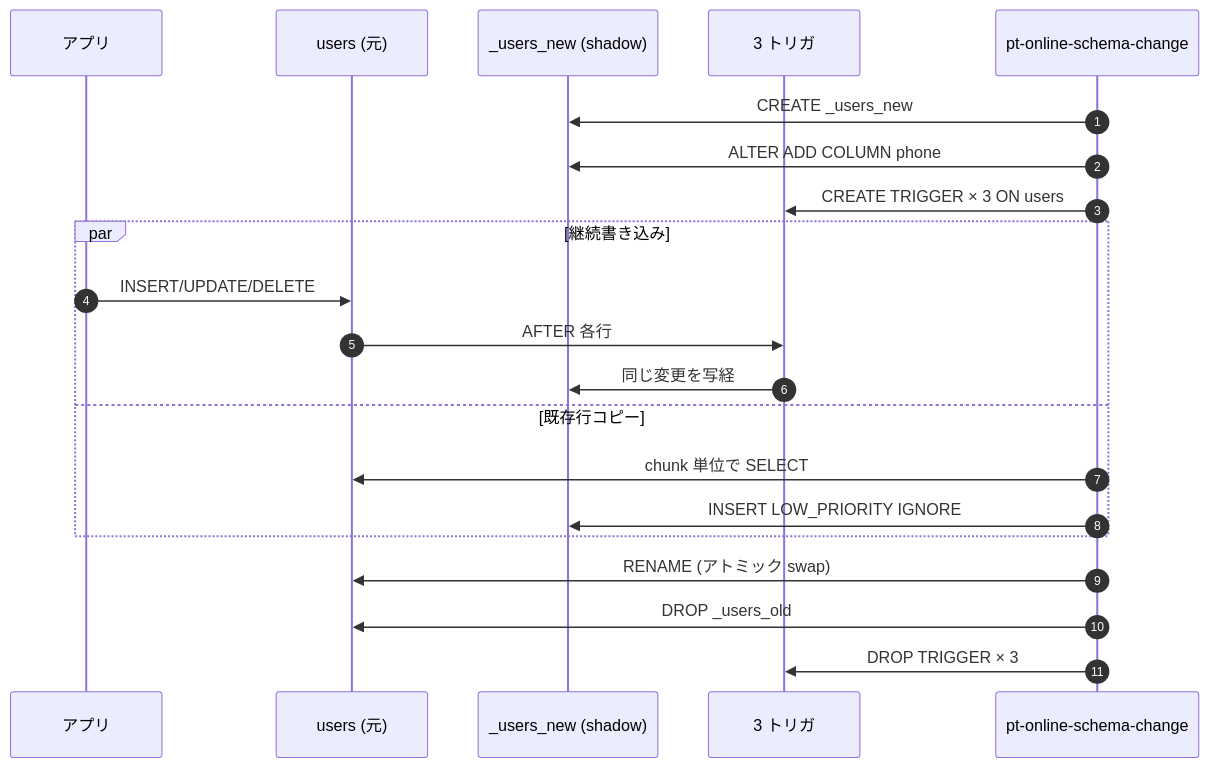
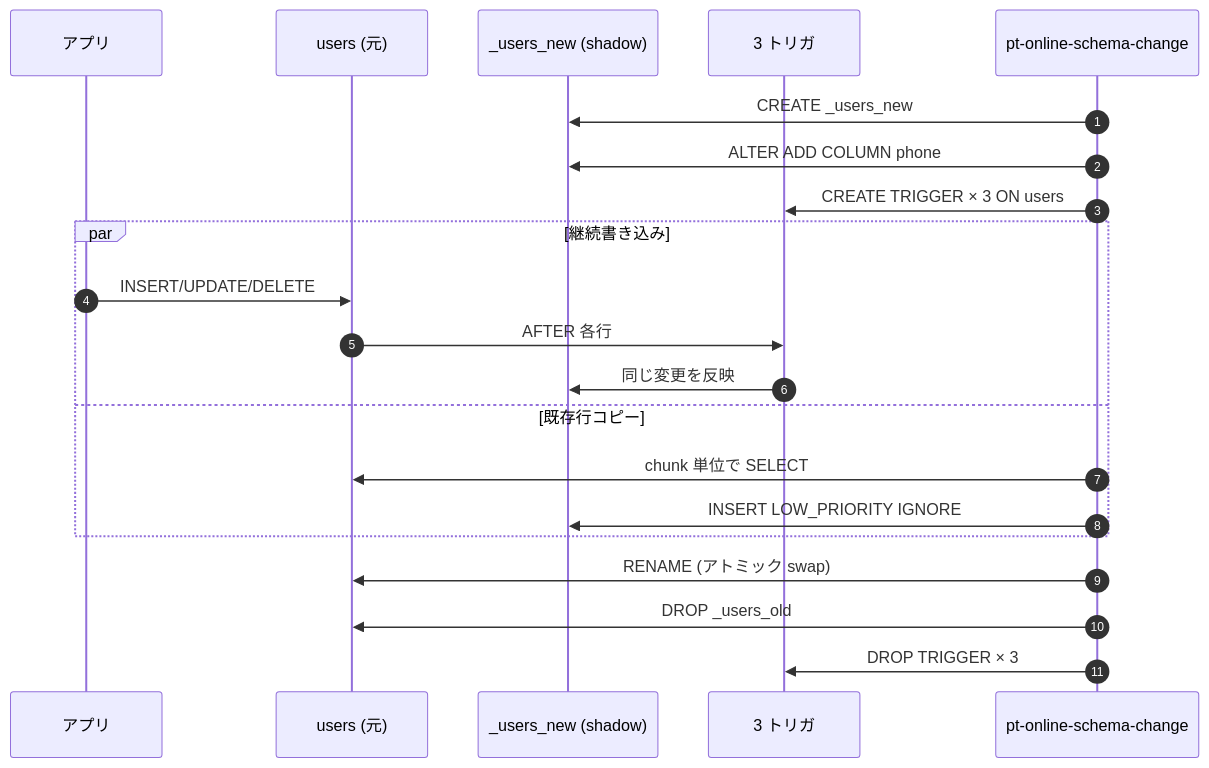
The diagram in docs/03-pt-online-schema-change.md (NOGUD626/percona-toolkit-sample), drawn with Mermaid before and after one commit. The commit also changed other lines of this file and 5 other files, not shown here.

````diff
--- a/docs/03-pt-online-schema-change.md
+++ b/docs/03-pt-online-schema-change.md
@@ -15,24 +15,24 @@
 ```mermaid
 sequenceDiagram
     autonumber
     participant App  as アプリ
     participant U    as users (元)
     participant N    as _users_new (shadow)
     participant Trg  as 3 トリガ
     participant pt   as pt-online-schema-change
 
     pt->>N: CREATE _users_new
     pt->>N: ALTER ADD COLUMN phone
     pt->>Trg: CREATE TRIGGER × 3 ON users
     par 継続書き込み
         App->>U: INSERT/UPDATE/DELETE
         U->>Trg: AFTER 各行
-        Trg->>N: 同じ変更を写経
+        Trg->>N: 同じ変更を反映
     and 既存行コピー
         pt->>U: chunk 単位で SELECT
         pt->>N: INSERT LOW_PRIORITY IGNORE
     end
     pt->>U: RENAME (アトミック swap)
     pt->>U: DROP _users_old
     pt->>Trg: DROP TRIGGER × 3
 ```
````
